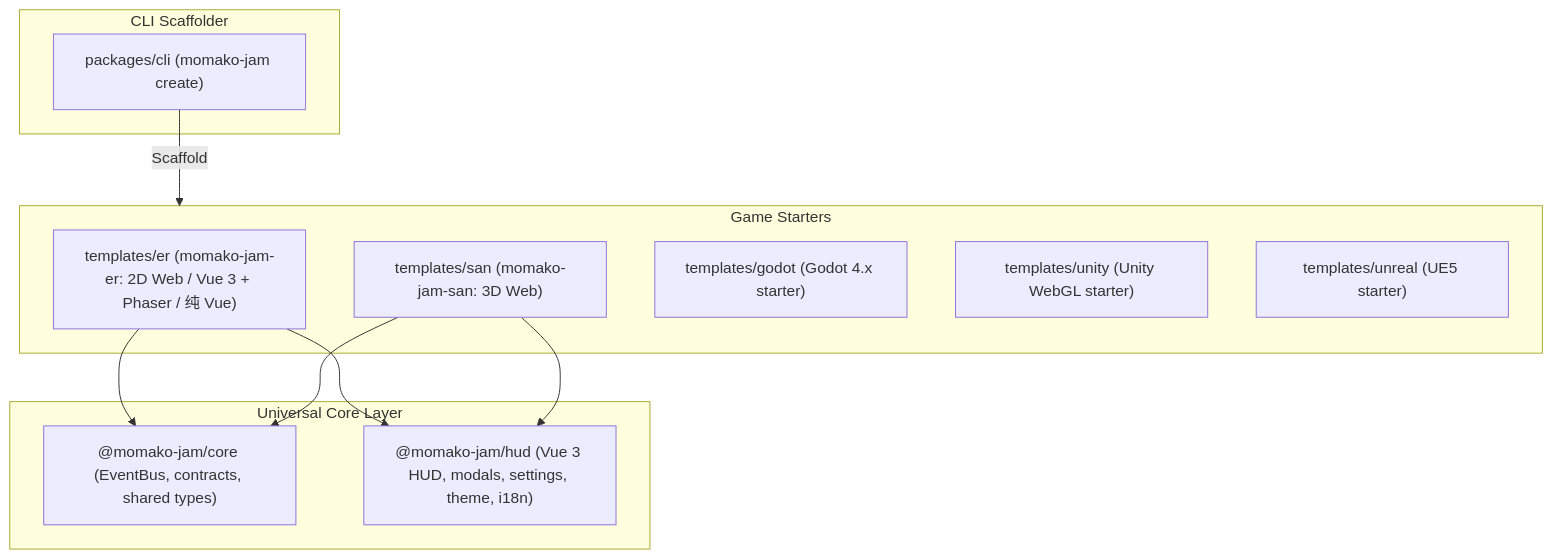
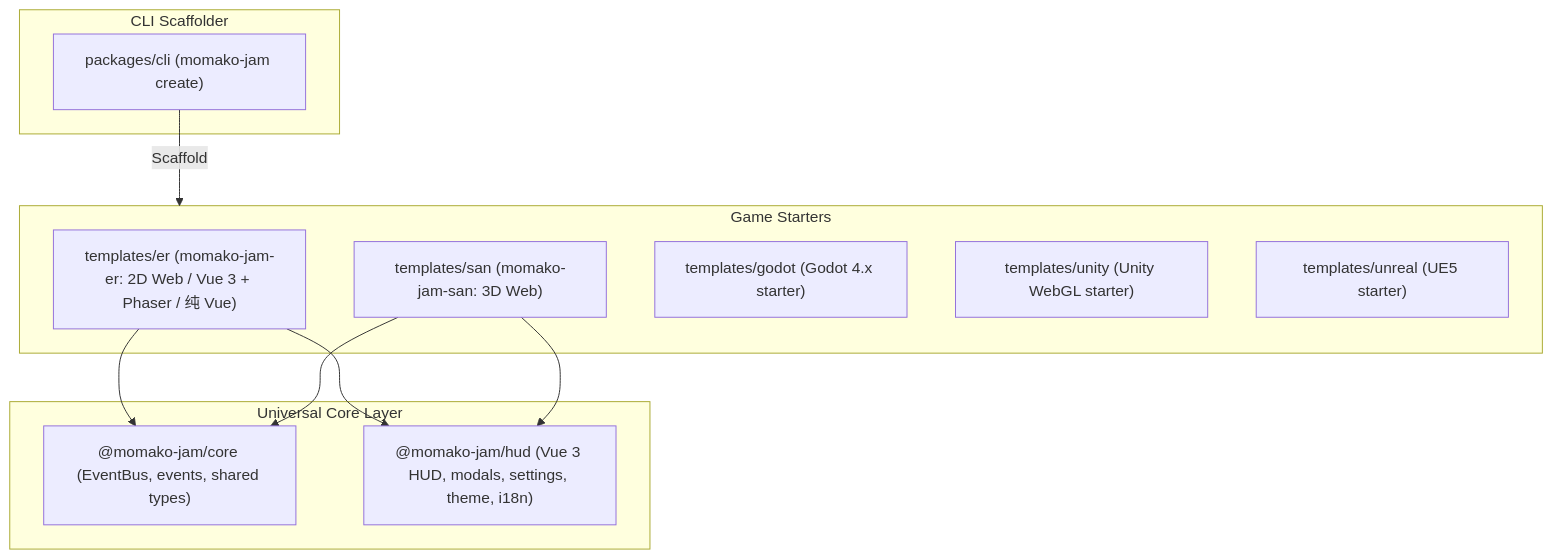
Before and after one commit to momakoding/momako: the diagram in CODEBASE_STATE.md, drawn with Mermaid. The commit also changed other lines of this file and 9 other files, not shown here.

First line of the commit message:
docs: align Momako Jam positioning, add MIT license, and refine agent guidelines

````diff
--- a/CODEBASE_STATE.md
+++ b/CODEBASE_STATE.md
@@ -13,23 +13,23 @@
 ```mermaid
 flowchart TB
     subgraph CLI["CLI Scaffolder"]
         Bin["packages/cli (momako-jam create)"]
     end
 
     subgraph Core["Universal Core Layer"]
-        PkgCore["@momako-jam/core (EventBus, contracts, shared types)"]
+        PkgCore["@momako-jam/core (EventBus, events, shared types)"]
         PkgHud["@momako-jam/hud (Vue 3 HUD, modals, settings, theme, i18n)"]
     end
 
     subgraph Templates["Game Starters"]
         Er["templates/er (momako-jam-er: 2D Web / Vue 3 + Phaser / 纯 Vue)"]
         San["templates/san (momako-jam-san: 3D Web)"]
         Godot["templates/godot (Godot 4.x starter)"]
         Unity["templates/unity (Unity WebGL starter)"]
         Unreal["templates/unreal (UE5 starter)"]
     end
 
     Bin -->|Scaffold| Templates
     Er --> PkgCore & PkgHud
     San --> PkgCore & PkgHud
 ```
````
